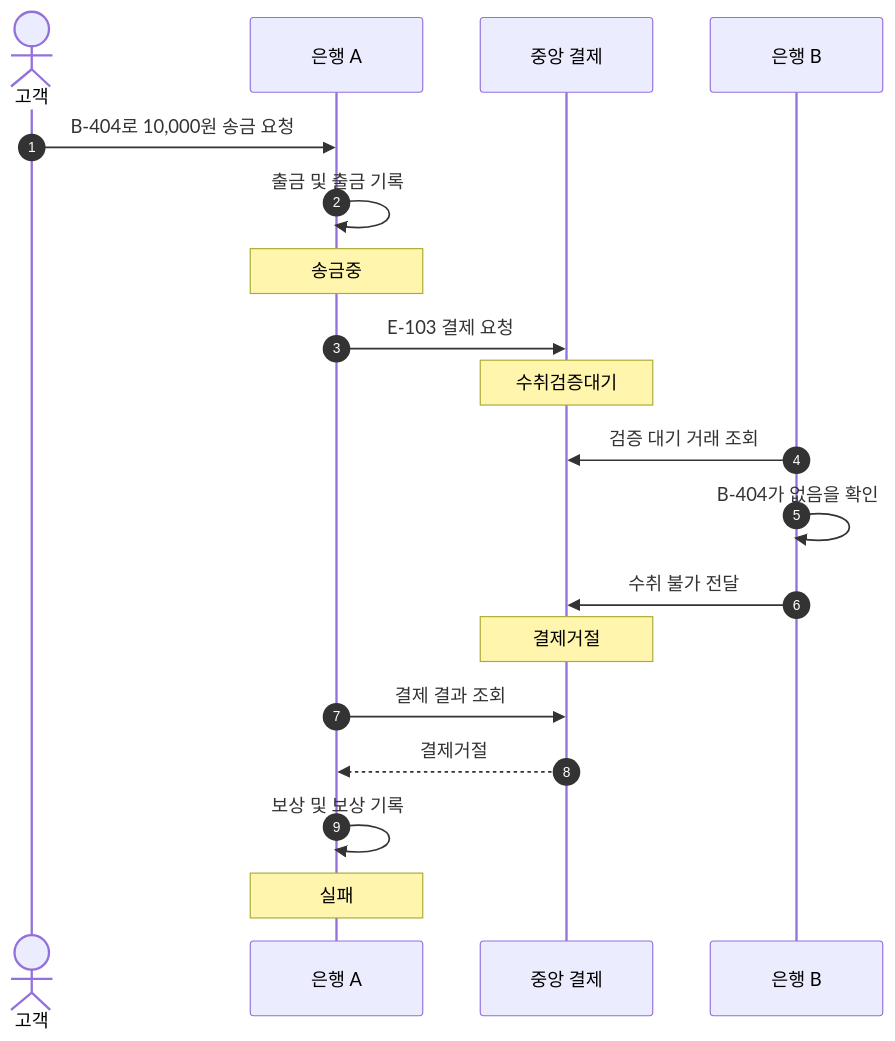
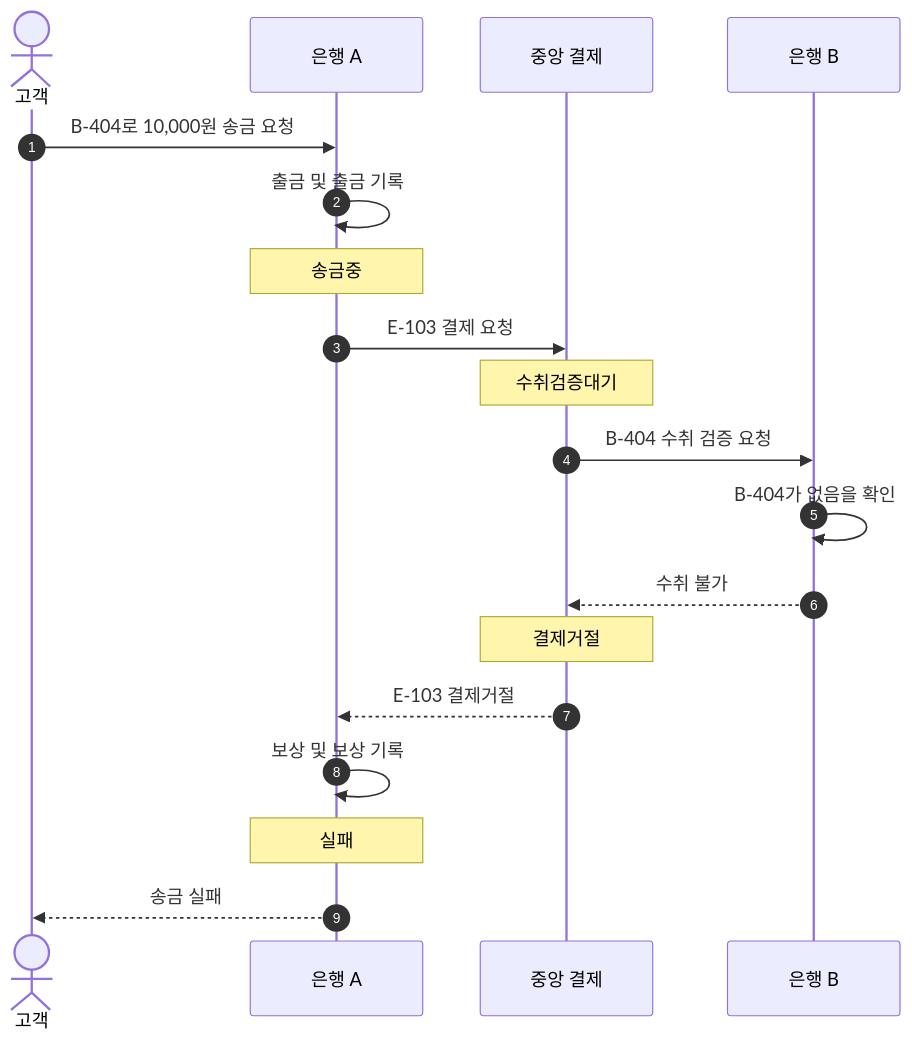
One commit to 2jun0/financial-system-backend changed the diagram in docs/scenarios/S-005_수취_계좌_없음.md. Above: the diagram before and after it, drawn with Mermaid. The commit also changed other lines of this file and 9 other files, not shown here.

````diff
--- a/docs/scenarios/S-005_수취_계좌_없음.md
+++ b/docs/scenarios/S-005_수취_계좌_없음.md
@@ -26,22 +26,22 @@
 ```mermaid
 sequenceDiagram
     autonumber
     actor 고객
     participant A as 은행 A
     participant C as 중앙 결제
     participant B as 은행 B
 
     고객->>A: B-404로 10,000원 송금 요청
     A->>A: 출금 및 출금 기록
     Note over A: 송금중
     A->>C: E-103 결제 요청
     Note over C: 수취검증대기
-    B->>C: 검증 대기 거래 조회
+    C->>B: B-404 수취 검증 요청
     B->>B: B-404가 없음을 확인
-    B->>C: 수취 불가 전달
+    B-->>C: 수취 불가
     Note over C: 결제거절
-    A->>C: 결제 결과 조회
-    C-->>A: 결제거절
+    C-->>A: E-103 결제거절
     A->>A: 보상 및 보상 기록
     Note over A: 실패
+    A-->>고객: 송금 실패
 ```
````
